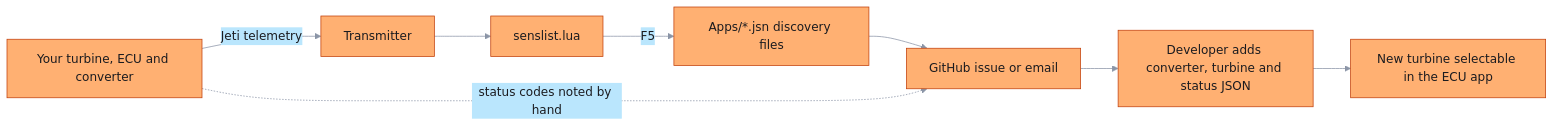
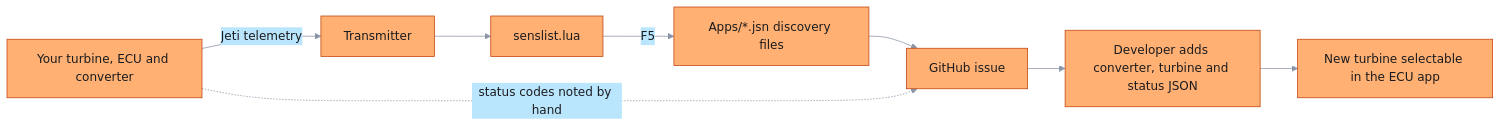
The first of 7 diagrams in README.md (thomasekdahlN/jeti-ecu-telemetry-dashboard), drawn with Mermaid before and after one commit. The commit also changed other lines of this file, not shown here.

Commit message:
docs: remove email contact from senslist feedback section

````diff
--- a/README.md
+++ b/README.md
@@ -279,11 +279,11 @@
 ```mermaid
 %%{init: {'theme':'base','themeVariables':{'primaryColor':'#ffb072','primaryTextColor':'#1b1b1f','primaryBorderColor':'#c2410c','secondaryColor':'#bae6fd','tertiaryColor':'#e2e8f0','lineColor':'#8b95a7','textColor':'#8b95a7','signalColor':'#8b95a7','signalTextColor':'#8b95a7','actorBkg':'#ffb072','actorBorder':'#c2410c','actorTextColor':'#1b1b1f','noteBkgColor':'#bae6fd','noteTextColor':'#1b1b1f'}}}%%
 flowchart LR
     A[Your turbine, ECU and converter] -->|Jeti telemetry| B[Transmitter]
     B --> C[senslist.lua]
     C -->|F5| D["Apps/*.jsn discovery files"]
-    D --> E[GitHub issue or email]
+    D --> E[GitHub issue]
     A -.->|status codes noted by hand| E
     E --> F[Developer adds converter, turbine and status JSON]
     F --> G[New turbine selectable in the ECU app]
 ```
````
